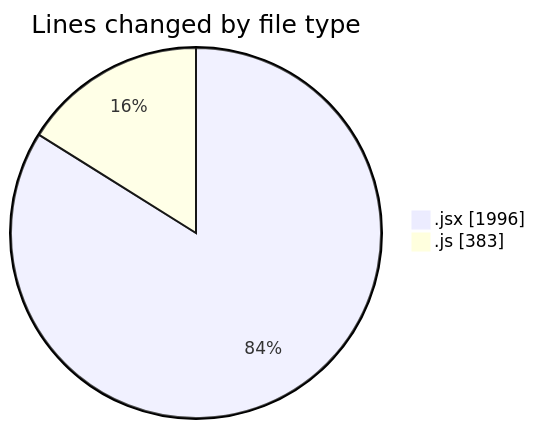
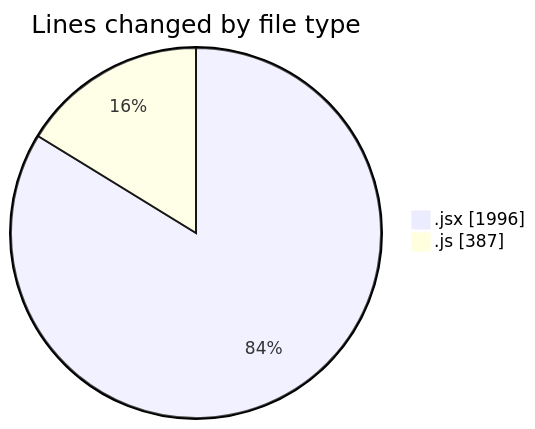
Before and after one commit to nxtqubesakshisongat/code-tracking: the first of 2 diagrams in 2025-10-13/nxtqube_webapp/README.md, drawn with Mermaid. The commit also changed other lines of this file and 1 other file, not shown here.

````diff
--- a/2025-10-13/nxtqube_webapp/README.md
+++ b/2025-10-13/nxtqube_webapp/README.md
@@ -22,6 +22,6 @@
 ```mermaid
 pie showData
 title Lines changed by file type
 ".jsx" : 1996
-".js" : 383
+".js" : 387
 ```
````
